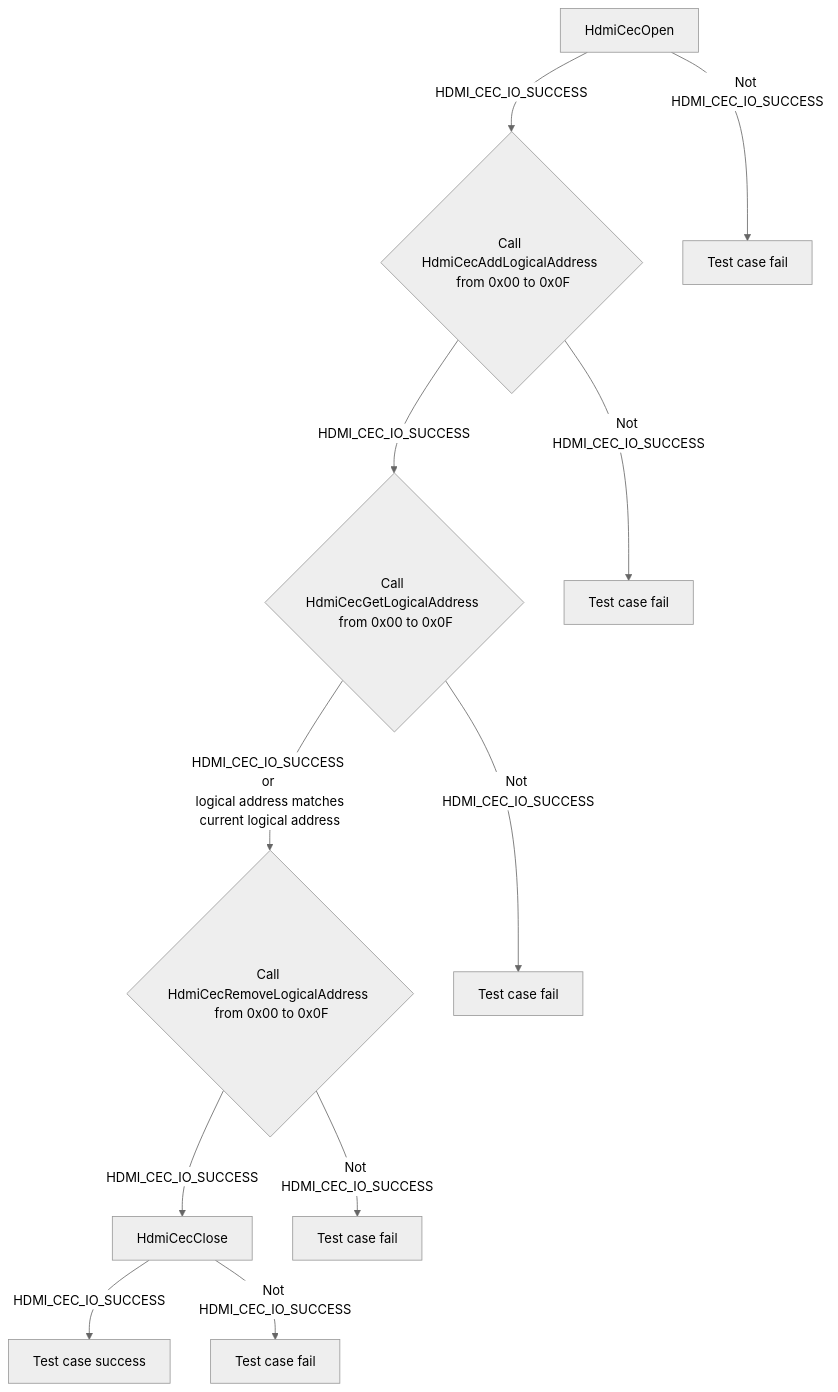
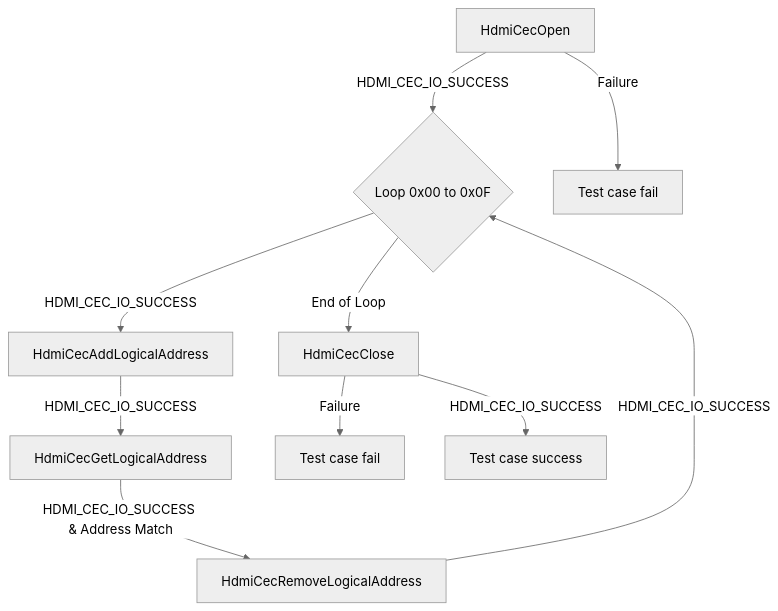
The second of 6 diagrams in docs/pages/hdmi_cec_driver_L2_Low-Level_TestSpecification.md (rdkcentral/rdk-halif-test-hdmi_cec), drawn with Mermaid (neutral theme) before and after one commit. The commit also changed other lines of this file and 2 other files, not shown here.

Commit message:
L2 Tests for HDMI CEC Updated Test2 of L2 HDMICEC tests on review comments

````diff
--- a/docs/pages/hdmi_cec_driver_L2_Low-Level_TestSpecification.md
+++ b/docs/pages/hdmi_cec_driver_L2_Low-Level_TestSpecification.md
@@ -108,13 +109,12 @@
 ```mermaid
 graph TB
-A[HdmiCecOpen] -- "HDMI_CEC_IO_SUCCESS" --> B{Call HdmiCecAddLogicalAddress <br> from 0x00 to 0x0F}
-A -- "Not HDMI_CEC_IO_SUCCESS" --> A1[Test case fail]
-B -- "HDMI_CEC_IO_SUCCESS" --> C{Call HdmiCecGetLogicalAddress <br> from 0x00 to 0x0F}
-B -- "Not HDMI_CEC_IO_SUCCESS" --> B1[Test case fail]
-C -- "HDMI_CEC_IO_SUCCESS or <br> logical address matches current logical address" --> D{Call HdmiCecRemoveLogicalAddress <br> from 0x00 to 0x0F}
-C -- "Not HDMI_CEC_IO_SUCCESS"  --> C1[Test case fail]
-D -- "HDMI_CEC_IO_SUCCESS" --> E[HdmiCecClose]
-D -- "Not HDMI_CEC_IO_SUCCESS"  --> D1[Test case fail]
-E -- "HDMI_CEC_IO_SUCCESS" --> F[Test case success]
-E -- "Not HDMI_CEC_IO_SUCCESS" --> E1[Test case fail]
+A[HdmiCecOpen] -->|HDMI_CEC_IO_SUCCESS| B{Loop 0x00 to 0x0F}
+B --> |HDMI_CEC_IO_SUCCESS| C[HdmiCecAddLogicalAddress]
+C --> |HDMI_CEC_IO_SUCCESS| D[HdmiCecGetLogicalAddress]
+D --> |HDMI_CEC_IO_SUCCESS & Address Match| E[HdmiCecRemoveLogicalAddress]
+E --> |HDMI_CEC_IO_SUCCESS| B
+B --> |End of Loop| F[HdmiCecClose]
+A -->|Failure| G[Test case fail]
+F -->|Failure| K[Test case fail]
+F -->|HDMI_CEC_IO_SUCCESS| L[Test case success]
 ```
````
